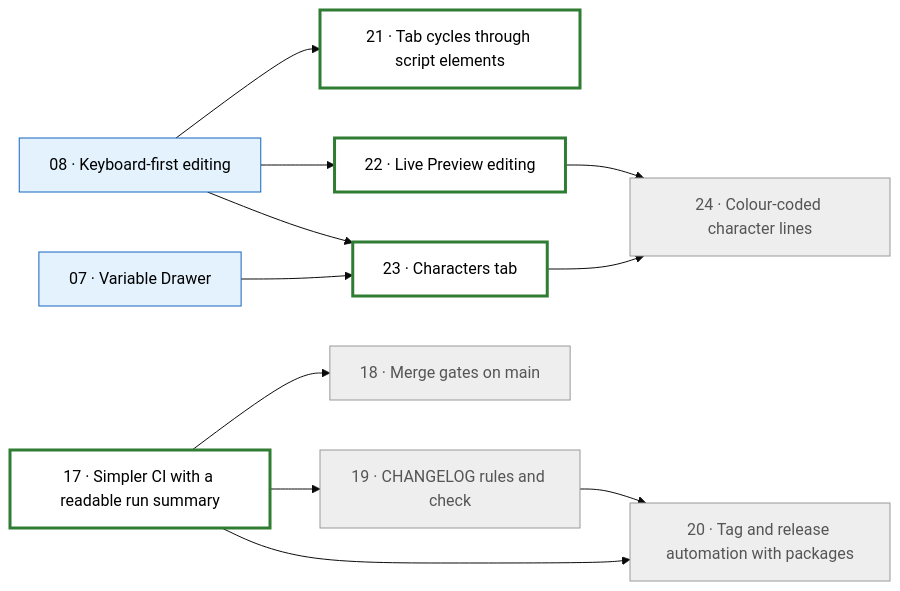
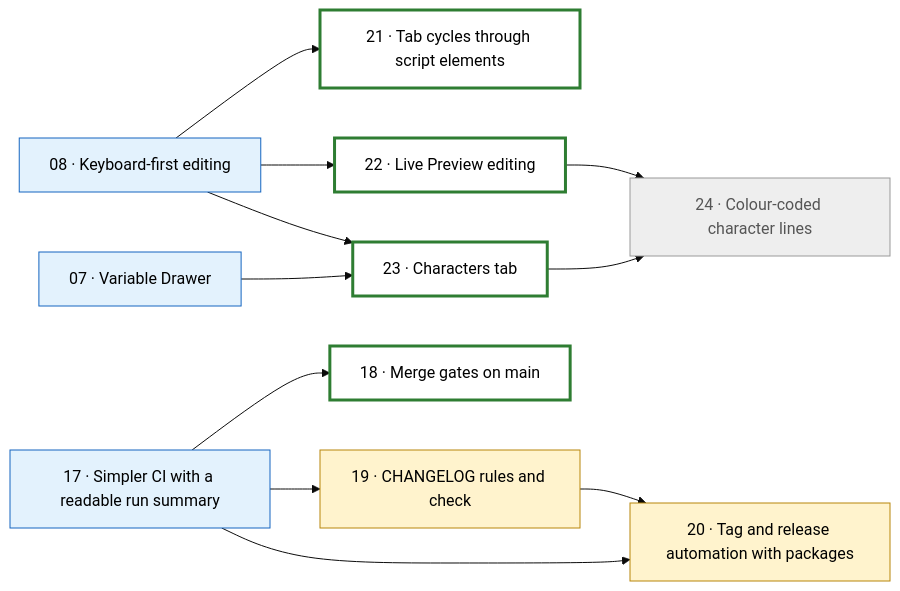
One commit to mikebgio/eink-screenplay-writer changed the diagram in PLAN-2.md. Above: the diagram before and after it, drawn with Mermaid (base theme). The commit also changed other lines of this file and 11 other files, not shown here.

Commit message:
17: Simpler CI with a readable run summary

````diff
--- a/PLAN-2.md
+++ b/PLAN-2.md
@@ -18,28 +18,28 @@
 ```mermaid
 flowchart LR
   T07["07 · Variable Drawer"]:::needsdevice
   T08["08 · Keyboard-first editing"]:::needsdevice
-  T17["17 · Simpler CI with a readable run summary"]:::ready
-  T18["18 · Merge gates on main"]:::blocked
-  T19["19 · CHANGELOG rules and check"]:::blocked
-  T20["20 · Tag and release automation with packages"]:::blocked
+  T17["17 · Simpler CI with a readable run summary"]:::needsdevice
+  T18["18 · Merge gates on main"]:::ready
+  T19["19 · CHANGELOG rules and check"]:::inprogress
+  T20["20 · Tag and release automation with packages"]:::inprogress
   T21["21 · Tab cycles through script elements"]:::ready
   T22["22 · Live Preview editing"]:::ready
   T23["23 · Characters tab"]:::ready
   T24["24 · Colour-coded character lines"]:::blocked
   T17 --> T18
   T17 --> T19
   T17 --> T20
   T19 --> T20
   T08 --> T21
   T08 --> T22
   T07 --> T23
   T08 --> T23
   T22 --> T24
   T23 --> T24
   classDef done fill:#d4edda,stroke:#2e7d32,color:#000
   classDef needsdevice fill:#e3f2fd,stroke:#1565c0,color:#000
   classDef inprogress fill:#fff3cd,stroke:#b8860b,color:#000
   classDef ready fill:#ffffff,stroke:#2e7d32,stroke-width:3px,color:#000
   classDef blocked fill:#eeeeee,stroke:#999,color:#555
 ```
````
